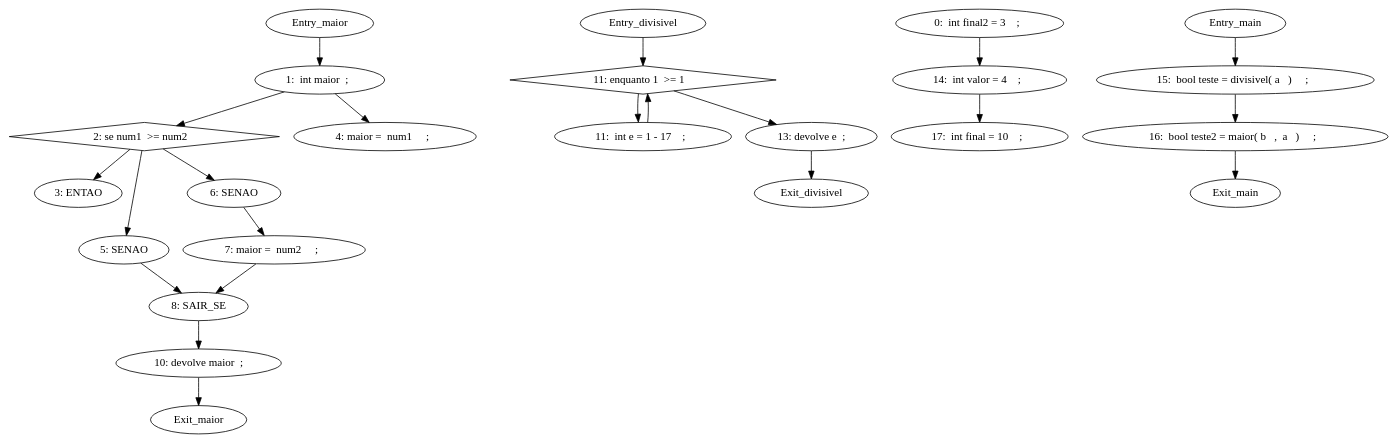
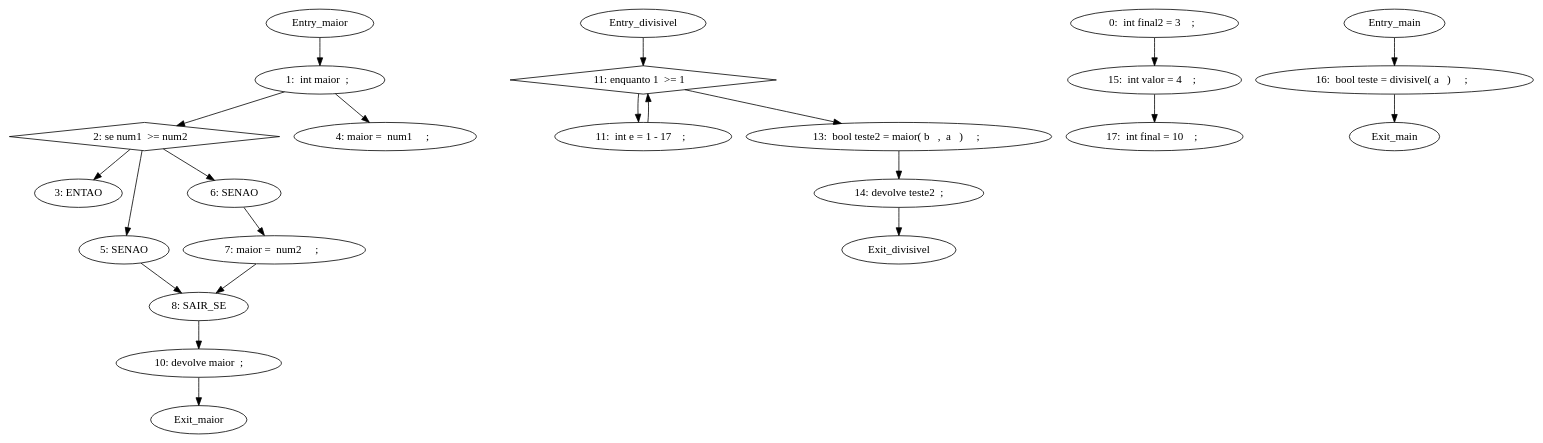
The diagram in cfg.dot (Yakari144/ImperativeLanguageAnalyser), drawn with Graphviz before and after one commit. The commit also changed 7 other files, not shown here.

```diff
--- a/cfg.dot
+++ b/cfg.dot
@@ -1,25 +1,25 @@
 digraph G {
 "Entry_maior" -> "1:  int maior  ;  "
 "1:  int maior  ;  " -> "2: se num1  >= num2   "
 "2: se num1  >= num2   " -> "3: ENTAO"
 "2: se num1  >= num2   " [shape=diamond]
 "1:  int maior  ;  " -> "4: maior =  num1     ;  "
 "2: se num1  >= num2   " -> "5: SENAO"
 "2: se num1  >= num2   " -> "6: SENAO "
 "6: SENAO " -> "7: maior =  num2     ;  "
 "7: maior =  num2     ;  " -> "8: SAIR_SE"
 "5: SENAO" -> "8: SAIR_SE"
 "8: SAIR_SE" -> "10: devolve maior  ; "
 "10: devolve maior  ; " -> "Exit_maior"
 "Entry_divisivel" -> "11: enquanto 1  >= 1   "
 "11: enquanto 1  >= 1   " [shape=diamond]
 "11: enquanto 1  >= 1   " -> "11:  int e = 1 - 17    ;  "
 "11:  int e = 1 - 17    ;  " -> "11: enquanto 1  >= 1   "
-"11: enquanto 1  >= 1   " -> "13: devolve e  ; "
-"13: devolve e  ; " -> "Exit_divisivel"
-"0:  int final2 = 3    ;  " -> "14:  int valor = 4    ;  "
-"Entry_main" -> "15:  bool teste = divisivel( a   )     ;  "
-"15:  bool teste = divisivel( a   )     ;  " -> "16:  bool teste2 = maior( b   ,  a   )     ;  "
-"16:  bool teste2 = maior( b   ,  a   )     ;  " -> Exit_main
-"14:  int valor = 4    ;  " -> "17:  int final = 10    ;  "
+"11: enquanto 1  >= 1   " -> "13:  bool teste2 = maior( b   ,  a   )     ;  "
+"13:  bool teste2 = maior( b   ,  a   )     ;  " -> "14: devolve teste2  ; "
+"14: devolve teste2  ; " -> "Exit_divisivel"
+"0:  int final2 = 3    ;  " -> "15:  int valor = 4    ;  "
+"Entry_main" -> "16:  bool teste = divisivel( a   )     ;  "
+"16:  bool teste = divisivel( a   )     ;  " -> Exit_main
+"15:  int valor = 4    ;  " -> "17:  int final = 10    ;  "
 }
```
